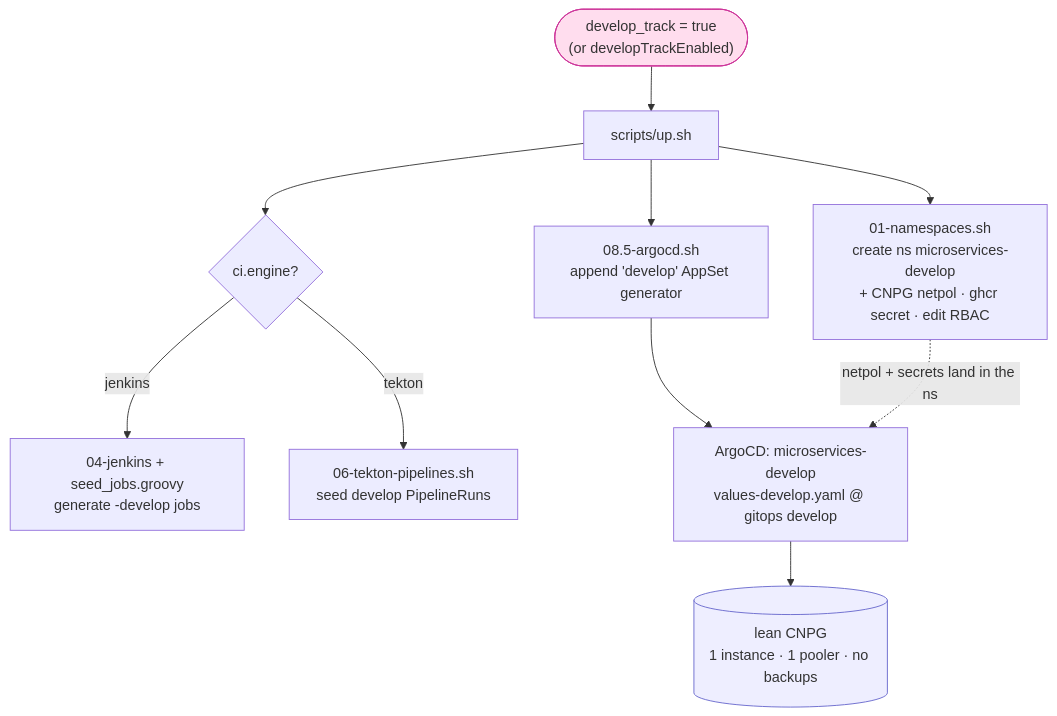
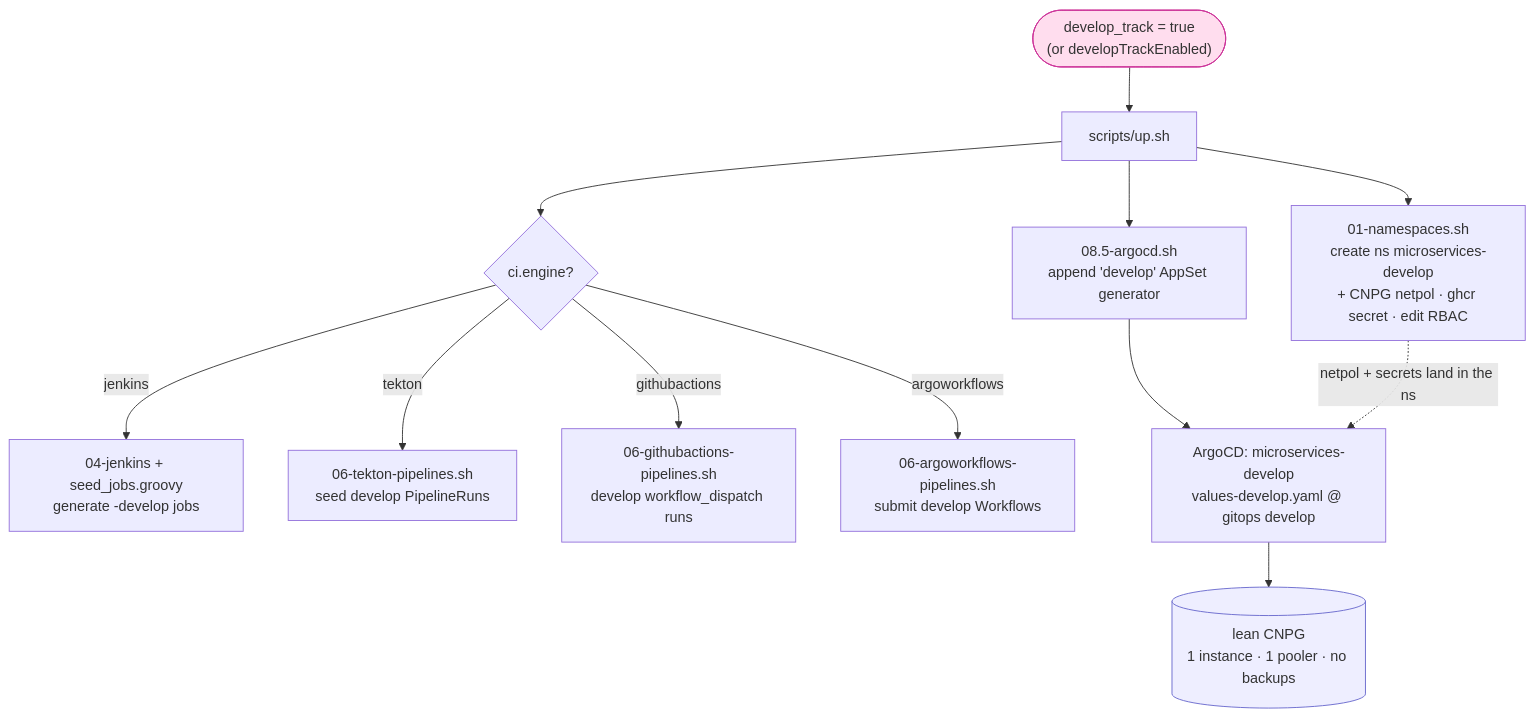
Before and after one commit to nubenetes/jenkins-2026: the sixth of 12 diagrams in docs/402-PIPELINES_AS_CODE.md, drawn with Mermaid. The commit also changed other lines of this file and 28 other files, not shown here.

````diff
--- a/docs/402-PIPELINES_AS_CODE.md
+++ b/docs/402-PIPELINES_AS_CODE.md
@@ -292,14 +294,16 @@
 ```mermaid
 flowchart TB
   flag(["develop_track = true<br/>(or developTrackEnabled)"]):::ext --> up["scripts/up.sh"]
   up --> ns["01-namespaces.sh<br/>create ns microservices-develop<br/>+ CNPG netpol · ghcr secret · edit RBAC"]
   up --> as["08.5-argocd.sh<br/>append 'develop' AppSet generator"]
   up --> ciedge{ci.engine?}
   ciedge -->|jenkins| jen["04-jenkins + seed_jobs.groovy<br/>generate -develop jobs"]
   ciedge -->|tekton| tek["06-tekton-pipelines.sh<br/>seed develop PipelineRuns"]
+  ciedge -->|githubactions| gha["06-githubactions-pipelines.sh<br/>develop workflow_dispatch runs"]
+  ciedge -->|argoworkflows| aw["06-argoworkflows-pipelines.sh<br/>submit develop Workflows"]
   as --> app["ArgoCD: microservices-develop<br/>values-develop.yaml @ gitops develop"]
   app --> lean[("lean CNPG<br/>1 instance · 1 pooler · no backups")]:::store
   ns -.->|netpol + secrets land in the ns| app
   classDef ext fill:#fde,stroke:#c39;
   classDef store fill:#eef,stroke:#66c;
 ```
````
